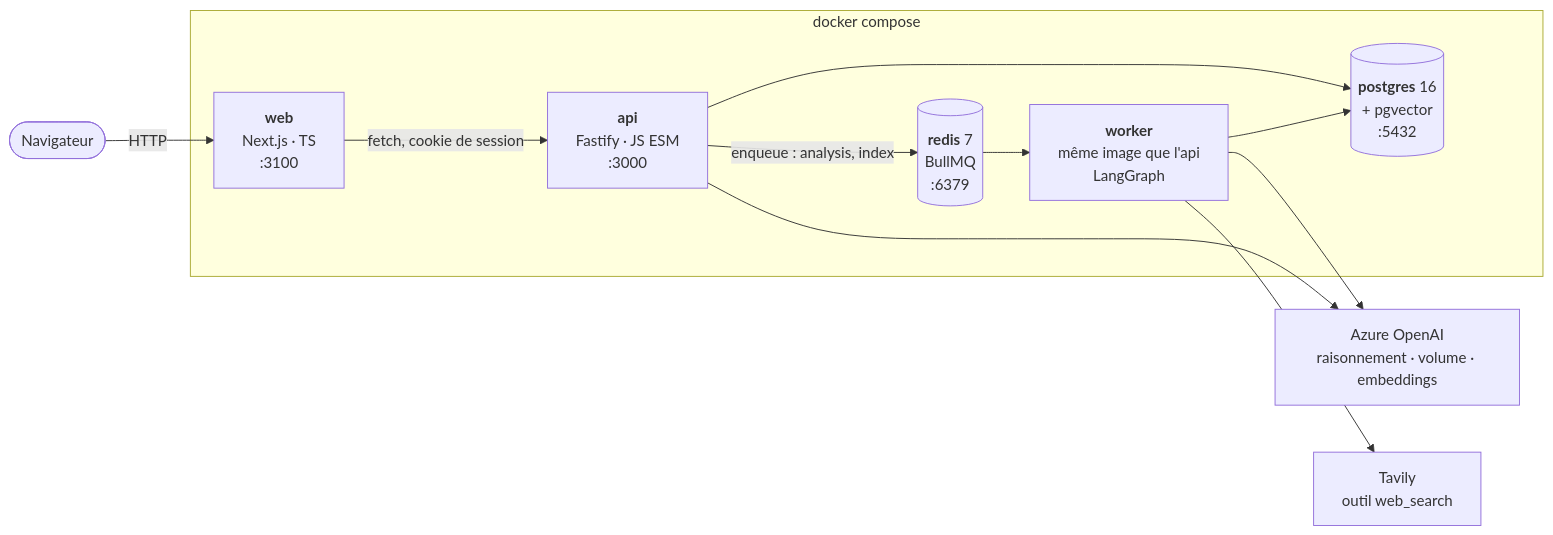
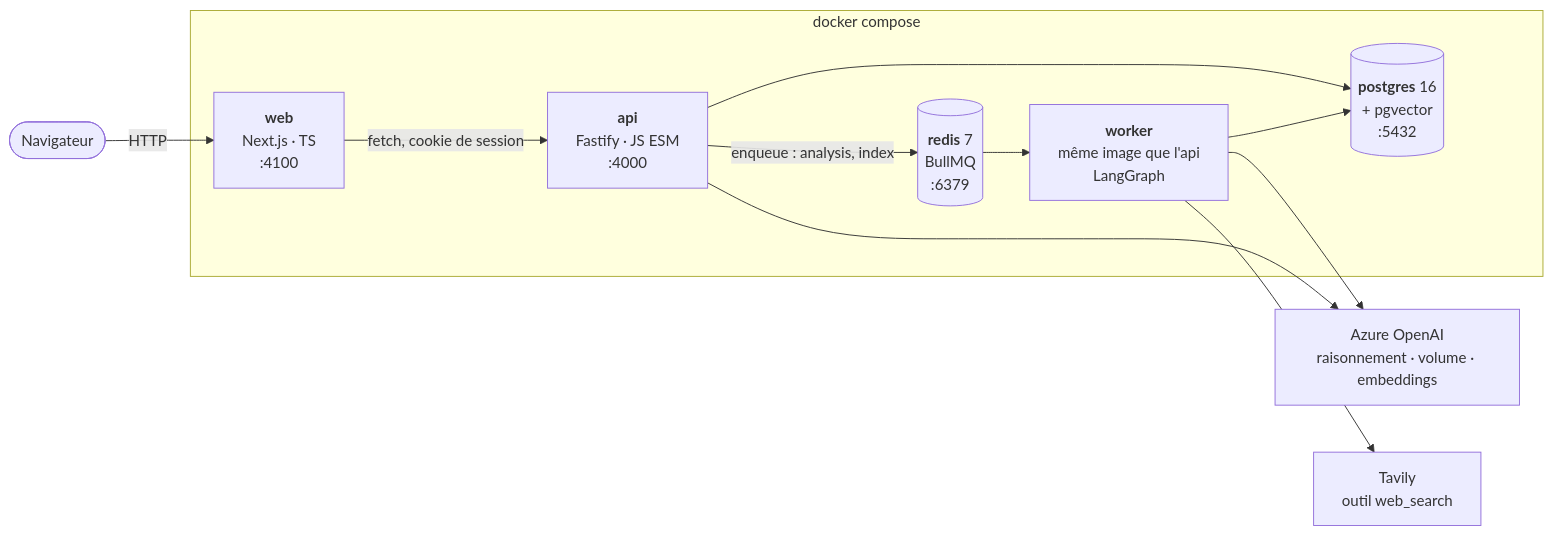
Before and after one commit to abdel-oue/TenderPilot: the second of 9 diagrams in docs/diagrams.md, drawn with Mermaid. The commit also changed other lines of this file and 9 other files, not shown here.

````diff
--- a/docs/diagrams.md
+++ b/docs/diagrams.md
@@ -64,25 +64,25 @@
 ```mermaid
 flowchart LR
   user([Navigateur])
 
   subgraph compose["docker compose"]
-    web["<b>web</b><br/>Next.js · TS<br/>:3100"]
-    api["<b>api</b><br/>Fastify · JS ESM<br/>:3000"]
+    web["<b>web</b><br/>Next.js · TS<br/>:4100"]
+    api["<b>api</b><br/>Fastify · JS ESM<br/>:4000"]
     worker["<b>worker</b><br/>même image que l'api<br/>LangGraph"]
     pg[("<b>postgres</b> 16<br/>+ pgvector<br/>:5432")]
     redis[("<b>redis</b> 7<br/>BullMQ<br/>:6379")]
   end
 
   azure["Azure OpenAI<br/>raisonnement · volume · embeddings"]
   tavily["Tavily<br/>outil web_search"]
 
   user -->|HTTP| web
   web -->|"fetch, cookie de session"| api
   api --> pg
   api -->|"enqueue : analysis, index"| redis
   redis --> worker
   worker --> pg
   worker --> azure
   worker --> tavily
   api --> azure
 ```
````
